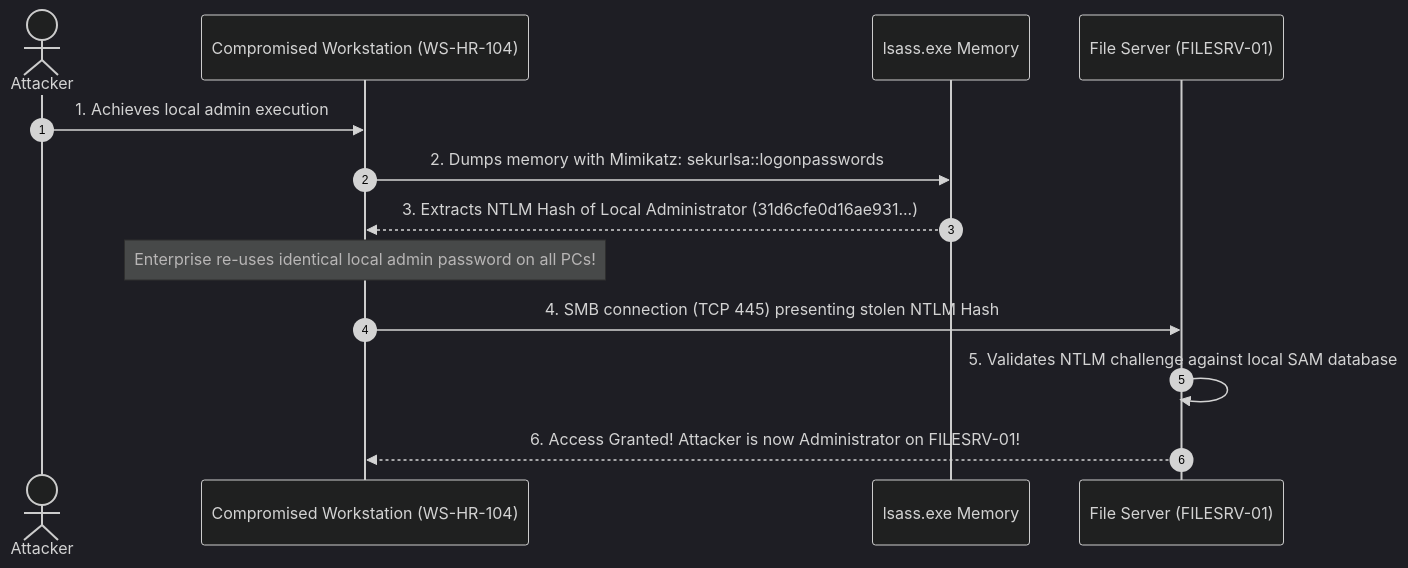
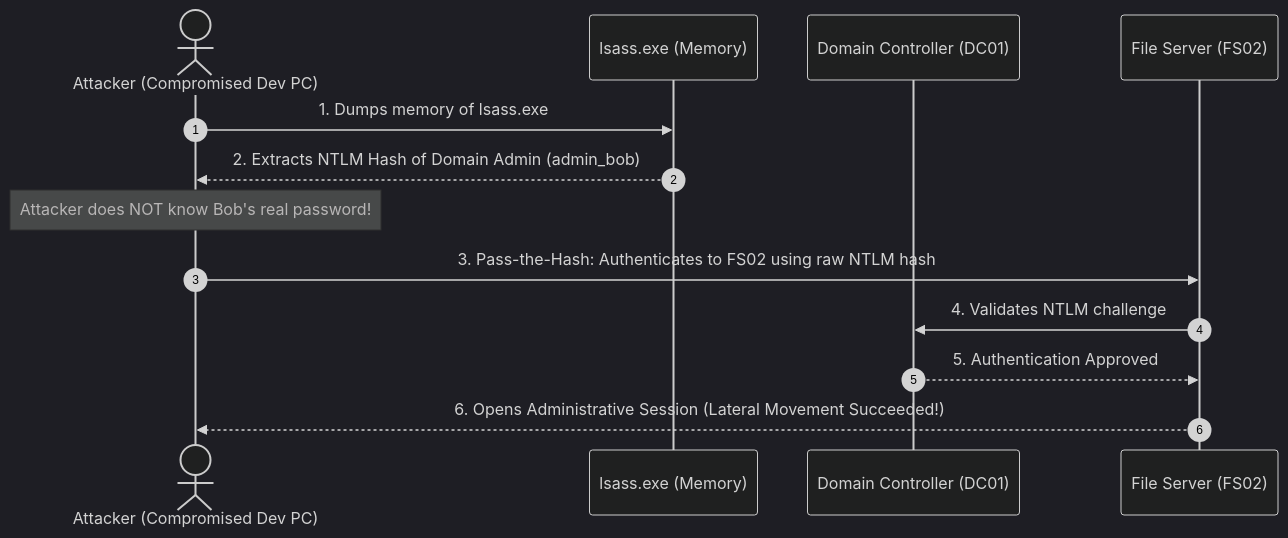
One commit to varunks04/CBS-Roleplay changed the diagram in SOC/06_Real_World_Scenarios/04_Scenario_Internal_Brute_Force_and_Pass_The_Hash.md. Above: the diagram before and after it, drawn with Mermaid (dark theme). The commit also changed other lines of this file and 40 other files, not shown here.

````diff
--- a/SOC/06_Real_World_Scenarios/04_Scenario_Internal_Brute_Force_and_Pass_The_Hash.md
+++ b/SOC/06_Real_World_Scenarios/04_Scenario_Internal_Brute_Force_and_Pass_The_Hash.md
@@ -18,16 +36,16 @@
 ```mermaid
 sequenceDiagram
     autonumber
-    actor Attacker
-    participant WS as Compromised Workstation (WS-HR-104)
-    participant LSASS as lsass.exe Memory
-    participant Target as File Server (FILESRV-01)
+    actor Attacker as Attacker (Compromised Dev PC)
+    participant LSASS as lsass.exe (Memory)
+    participant DC as Domain Controller (DC01)
+    participant Target as File Server (FS02)
 
-    Attacker->>WS: 1. Achieves local admin execution
-    WS->>LSASS: 2. Dumps memory with Mimikatz: sekurlsa::logonpasswords
-    LSASS-->>WS: 3. Extracts NTLM Hash of Local Administrator (31d6cfe0d16ae931...)
-    Note over WS: Enterprise re-uses identical local admin password on all PCs!
-    WS->>Target: 4. SMB connection (TCP 445) presenting stolen NTLM Hash
-    Target->>Target: 5. Validates NTLM challenge against local SAM database
-    Target-->>WS: 6. Access Granted! Attacker is now Administrator on FILESRV-01!
+    Attacker->>LSASS: 1. Dumps memory of lsass.exe
+    LSASS-->>Attacker: 2. Extracts NTLM Hash of Domain Admin (admin_bob)
+    Note over Attacker: Attacker does NOT know Bob's real password!
+    Attacker->>Target: 3. Pass-the-Hash: Authenticates to FS02 using raw NTLM hash
+    Target->>DC: 4. Validates NTLM challenge
+    DC-->>Target: 5. Authentication Approved
+    Target-->>Attacker: 6. Opens Administrative Session (Lateral Movement Succeeded!)
 ```
````
